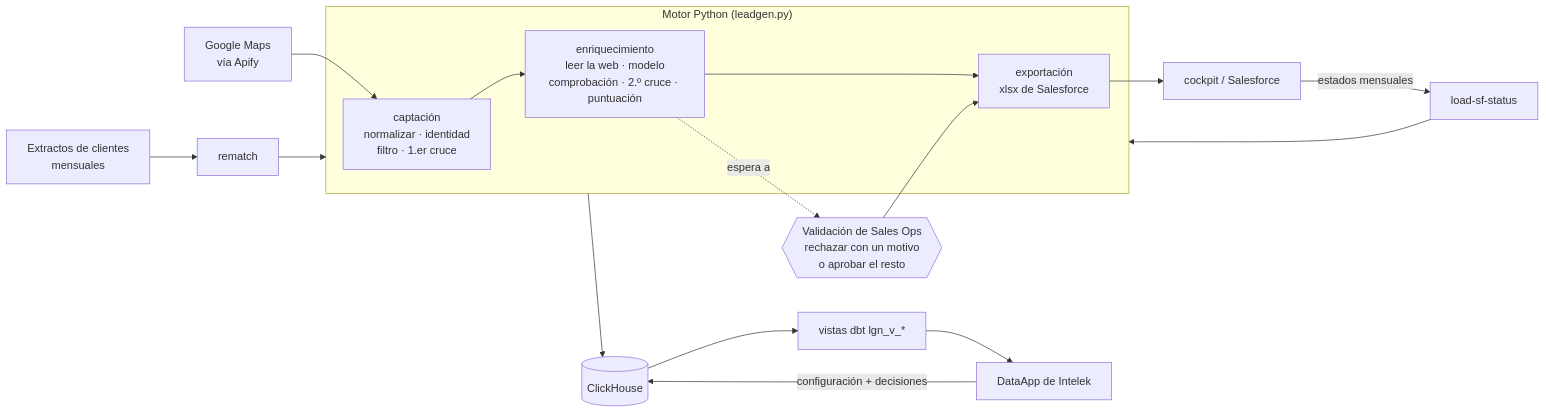
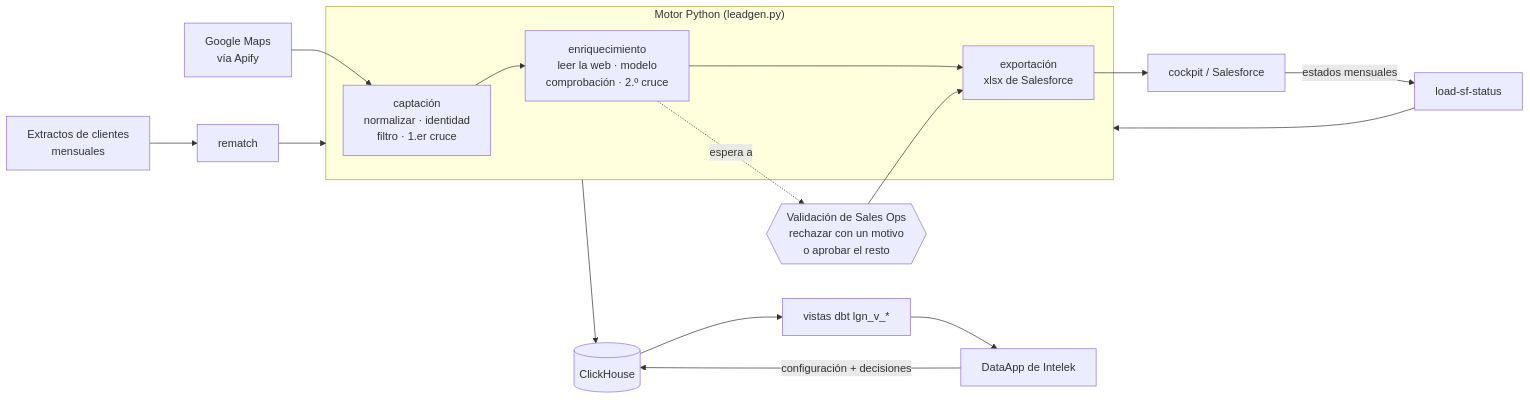
Before and after one commit to pre-erik-ferrando/con-twinpikes-analytics-leads: the diagram in docs/how_it_works.md, drawn with Mermaid. The commit also changed other lines of this file and 29 other files, not shown here.

````diff
--- a/docs/how_it_works.md
+++ b/docs/how_it_works.md
@@ -19,18 +19,18 @@
 ```mermaid
 flowchart LR
     GM[Google Maps<br/>vía Apify] --> C
     subgraph Motor["Motor Python (leadgen.py)"]
-        C[captación<br/>normalizar · identidad<br/>filtro · 1.er cruce] --> E[enriquecimiento<br/>leer la web · modelo<br/>comprobación · 2.º cruce · puntuación]
+        C[captación<br/>normalizar · identidad<br/>filtro · 1.er cruce] --> E[enriquecimiento<br/>leer la web · modelo<br/>comprobación · 2.º cruce]
         E --> X[exportación<br/>xlsx de Salesforce]
     end
     E -. espera a .-> V{{Validación de Sales Ops<br/>rechazar con un motivo<br/>o aprobar el resto}}
     V --> X
     X --> SF[cockpit / Salesforce]
     SF -- estados mensuales --> L[load-sf-status]
     CU[Extractos de clientes<br/>mensuales] --> R[rematch]
     L --> Motor
     R --> Motor
     Motor --> CH[(ClickHouse)]
     CH --> DBT[vistas dbt lgn_v_*] --> I[DataApp de Intelek]
     I -- configuración + decisiones --> CH
 ```
````
